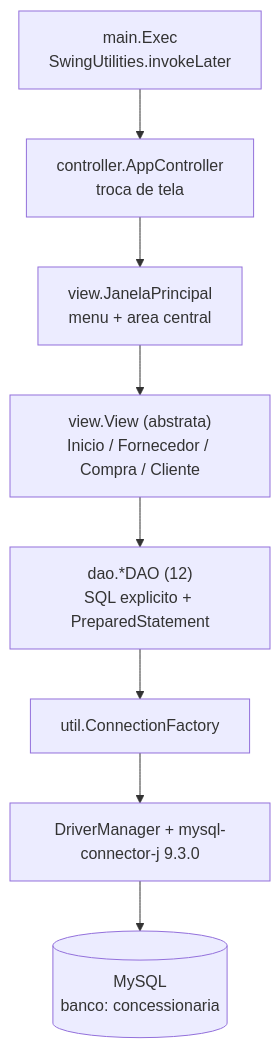
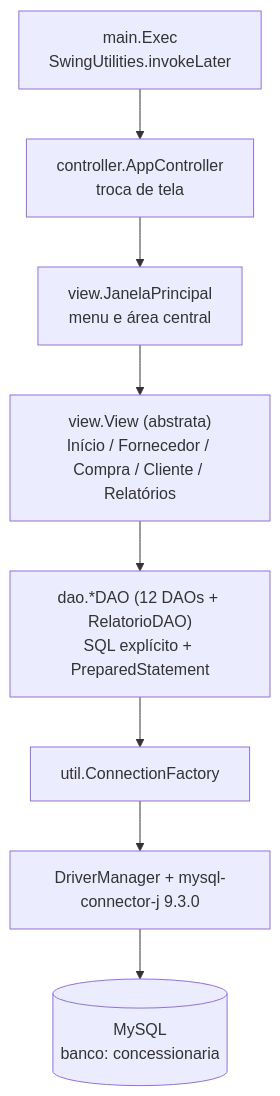
The first of 2 diagrams in README.md (GabrielNFR/ConcessionariaBD), drawn with Mermaid before and after one commit. The commit also changed other lines of this file and 5 other files, not shown here.

````diff
--- a/README.md
+++ b/README.md
@@ -28,14 +31,14 @@
 ```mermaid
 flowchart TD
     EXEC["main.Exec<br/>SwingUtilities.invokeLater"]
     CTRL["controller.AppController<br/>troca de tela"]
-    WIN["view.JanelaPrincipal<br/>menu + area central"]
-    VIEW["view.View (abstrata)<br/>Inicio / Fornecedor / Compra / Cliente"]
-    DAO["dao.*DAO (12)<br/>SQL explicito + PreparedStatement"]
+    WIN["view.JanelaPrincipal<br/>menu e área central"]
+    VIEW["view.View (abstrata)<br/>Início / Fornecedor / Compra / Cliente / Relatórios"]
+    DAO["dao.*DAO (12 DAOs + RelatorioDAO)<br/>SQL explícito + PreparedStatement"]
     CF["util.ConnectionFactory"]
     DJ["DriverManager + mysql-connector-j 9.3.0"]
     DB[("MySQL<br/>banco: concessionaria")]
 
     EXEC --> CTRL --> WIN --> VIEW
     VIEW --> DAO --> CF --> DJ --> DB
 ```
````
